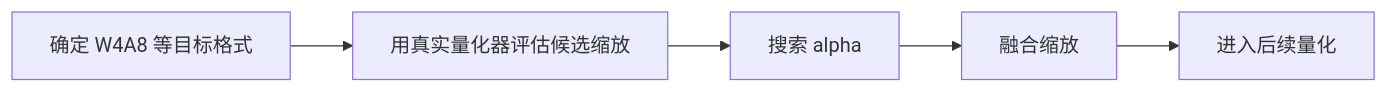
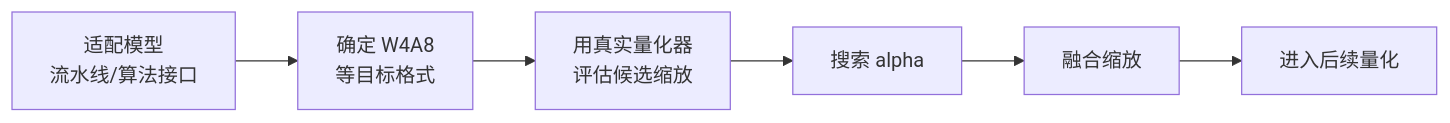
The diagram in msmodelslim/docs/zh/knowledge_base/quantization_algorithms/flex_awq_ssz/usage_flex_awq_ssz.md (mindstudio-docs/master), drawn with Mermaid before and after one commit. The commit also changed other lines of this file and 235 other files, not shown here.

````diff
--- a/msmodelslim/docs/zh/knowledge_base/quantization_algorithms/flex_awq_ssz/usage_flex_awq_ssz.md
+++ b/msmodelslim/docs/zh/knowledge_base/quantization_algorithms/flex_awq_ssz/usage_flex_awq_ssz.md
@@ -24,7 +19,8 @@
 ```mermaid
 flowchart LR
-    A[确定 W4A8 等目标格式] --> B[用真实量化器评估候选缩放]
-    B[用真实量化器评估候选缩放] --> C[搜索 alpha]
-    C[搜索 alpha] --> D[融合缩放]
-    D[融合缩放] --> E[进入后续量化]
+    A[适配模型<br/>流水线/算法接口] --> B[确定 W4A8<br/>等目标格式]
+    B --> C[用真实量化器<br/>评估候选缩放]
+    C --> D[搜索 alpha]
+    D --> E[融合缩放]
+    E --> F[进入后续量化]
 ```
````
